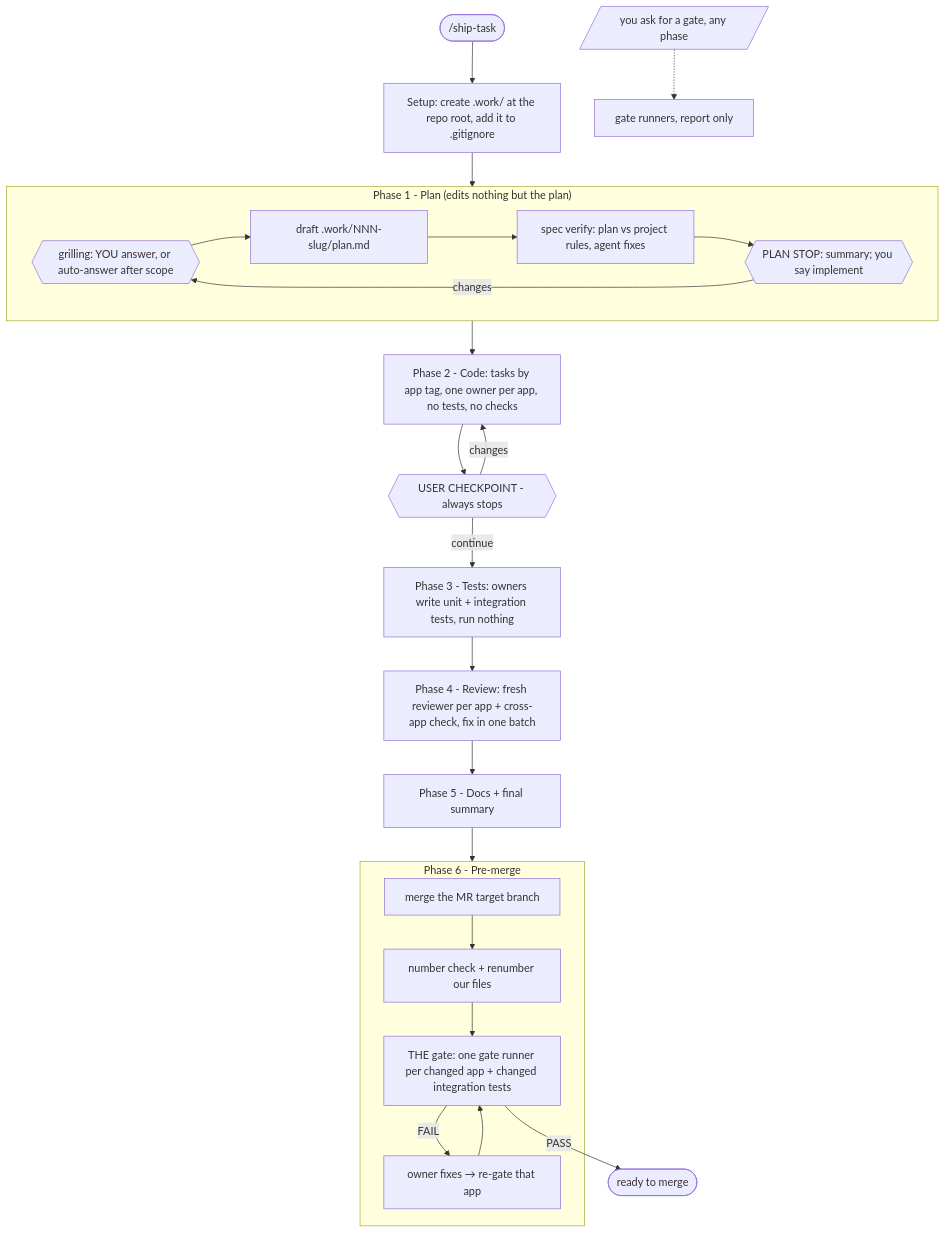
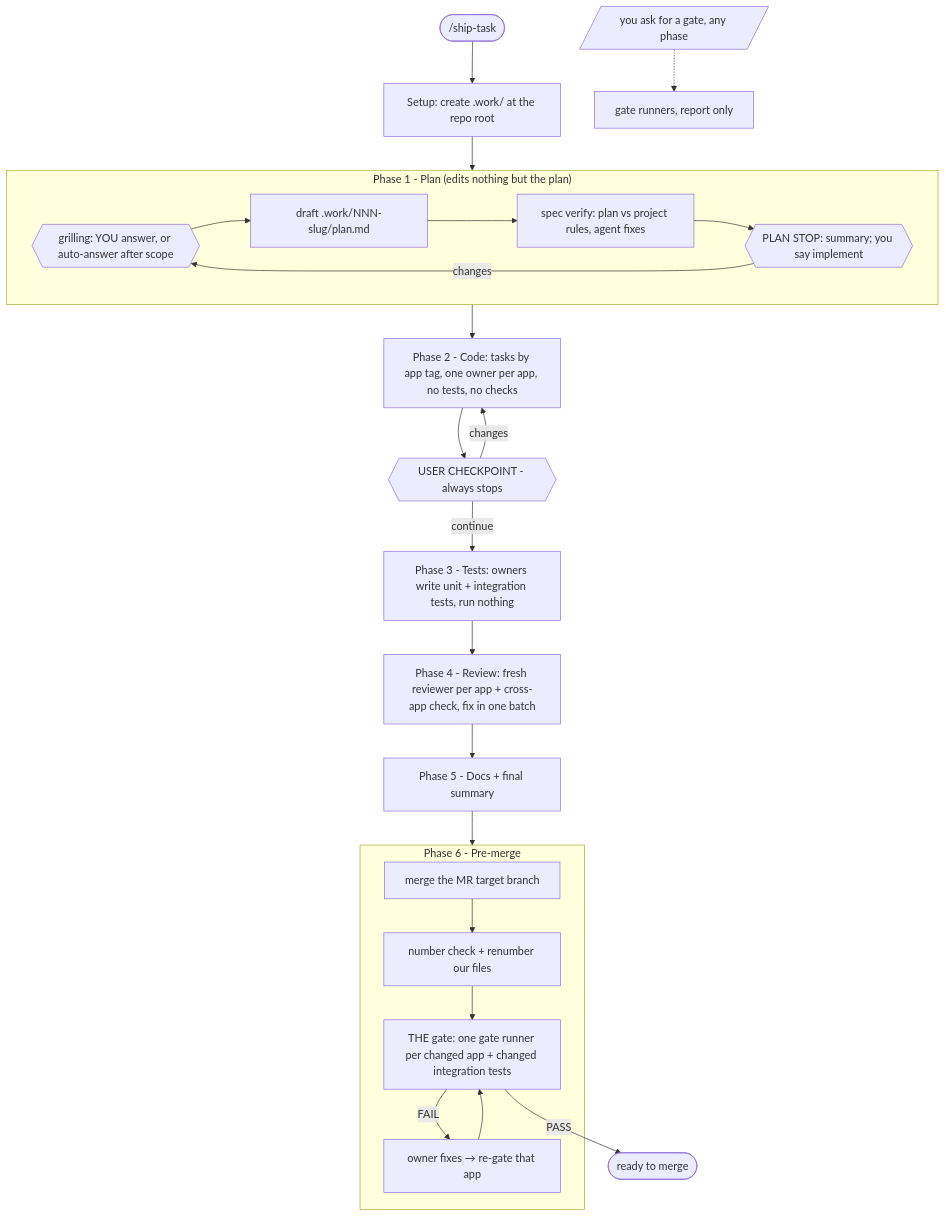
The diagram in plugins/naphatwx-tools/skills/ship-task/README.md (naphatwx/naphatwx-tools), drawn with Mermaid before and after one commit. The commit also changed other lines of this file and 6 other files, not shown here.

Commit message:
feat(ship-task): setup no longer edits .gitignore

````diff
--- a/plugins/naphatwx-tools/skills/ship-task/README.md
+++ b/plugins/naphatwx-tools/skills/ship-task/README.md
@@ -22,29 +22,29 @@
 ```mermaid
 flowchart TD
-    START([/ship-task]) --> SU[Setup: create .work/ at the repo root, add it to .gitignore]
+    START([/ship-task]) --> SU[Setup: create .work/ at the repo root]
     SU --> P0
     subgraph P0["Phase 1 - Plan (edits nothing but the plan)"]
         GR{{grilling: YOU answer, or auto-answer after scope}} --> DR[draft .work/NNN-slug/plan.md]
         DR --> VER[spec verify: plan vs project rules, agent fixes]
         VER --> PS{{PLAN STOP: summary; you say implement}}
         PS -->|changes| GR
     end
 
     P0 --> P2[Phase 2 - Code: tasks by app tag, one owner per app, no tests, no checks]
     P2 --> CP{{USER CHECKPOINT - always stops}}
     CP -->|changes| P2
     CP -->|continue| P3[Phase 3 - Tests: owners write unit + integration tests, run nothing]
     P3 --> P4[Phase 4 - Review: fresh reviewer per app + cross-app check, fix in one batch]
     P4 --> P5[Phase 5 - Docs + final summary]
     P5 --> P6
 
     subgraph P6["Phase 6 - Pre-merge"]
         M[merge the MR target branch] --> N[number check + renumber our files]
         N --> G[THE gate: one gate runner per changed app + changed integration tests]
         G -->|FAIL| F[owner fixes → re-gate that app]
         F --> G
     end
 
     G -->|PASS| DONE([ready to merge])
     ASK[/you ask for a gate, any phase/] -.-> ON[gate runners, report only]
 ```
````
